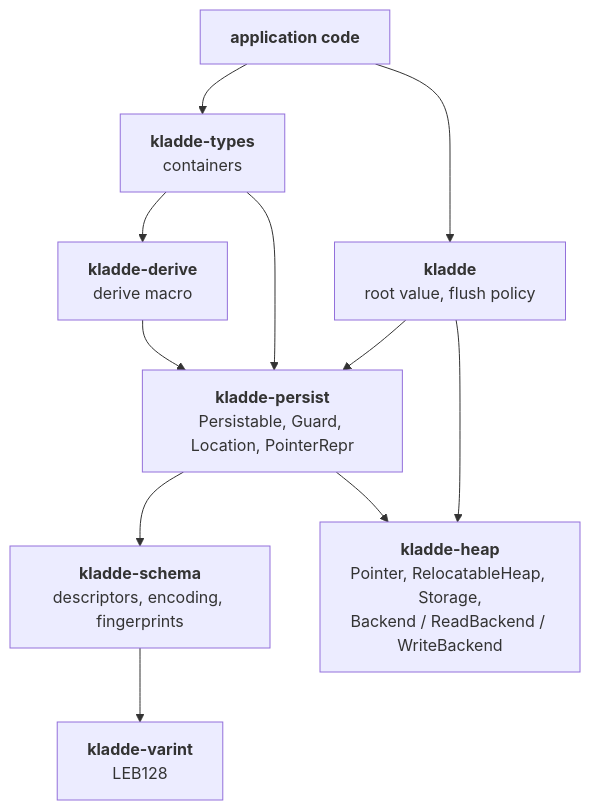
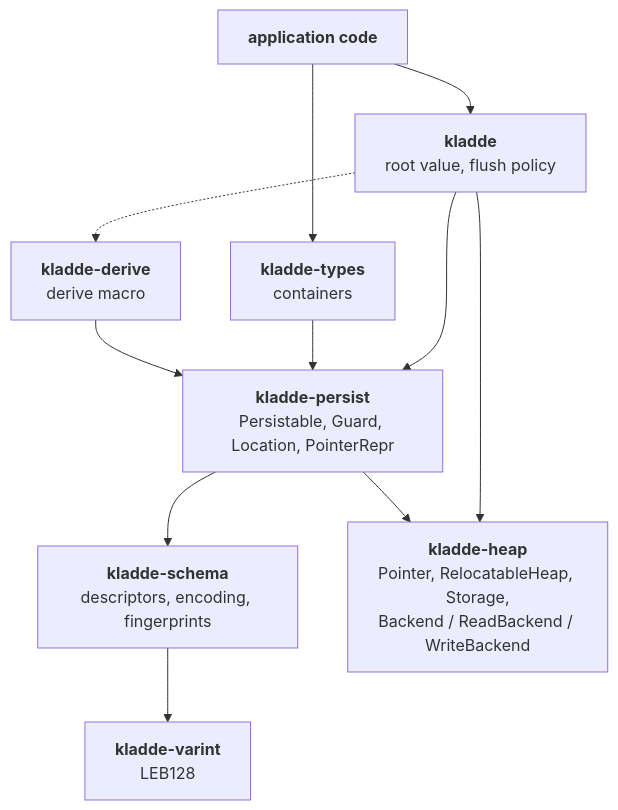
The diagram in content/rust/design/index.md (kladde-dev/kladde-docs), drawn with Mermaid before and after one commit. The commit also changed other lines of this file and 3 other files, not shown here.

First line of the commit message:
Follow the crate restructuring: macro comes from `kladde` now

````diff
--- a/content/rust/design/index.md
+++ b/content/rust/design/index.md
@@ -24,25 +24,23 @@
 ```mermaid
 graph TD
   APP["<strong>application code</strong>"]
   K["<strong>kladde</strong><br/>root value, flush policy"]
   T["<strong>kladde-types</strong><br/>containers"]
   D["<strong>kladde-derive</strong><br/>derive macro"]
   P["<strong>kladde-persist</strong><br/>Persistable, Guard, Location, PointerRepr"]
   S["<strong>kladde-schema</strong><br/>descriptors, encoding, fingerprints"]
   V["<strong>kladde-varint</strong><br/>LEB128"]
   H["<strong>kladde-heap</strong><br/>Pointer, RelocatableHeap, Storage,<br/>Backend / ReadBackend / WriteBackend"]
   APP --> K
   APP --> T
   K --> P
   K --> H
-  %% T --> P is declared before T --> D deliberately: the layout engine we use
-  %% to render PDFs (beautiful-mermaid) honours declaration order, and the
-  %% other way round it routes the types->persist edge straight through the
-  %% derive box, where it is invisible underneath derive->persist.
+  %% K --> D is dashed because it is optional: `kladde`'s `derive` feature,
+  %% on by default. Nothing else depends on the macro crate.
+  K -.-> D
   T --> P
-  T --> D
   D --> P
   P --> S
   P --> H
   S --> V
 ```
````
